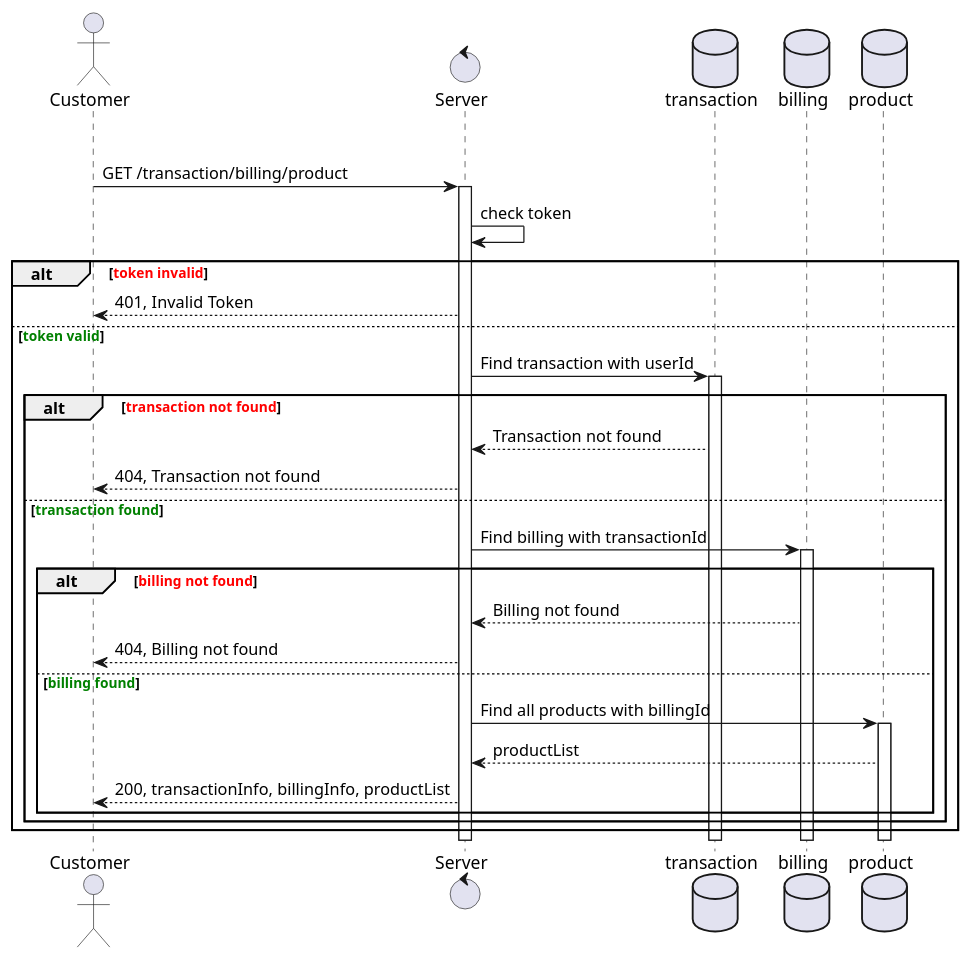
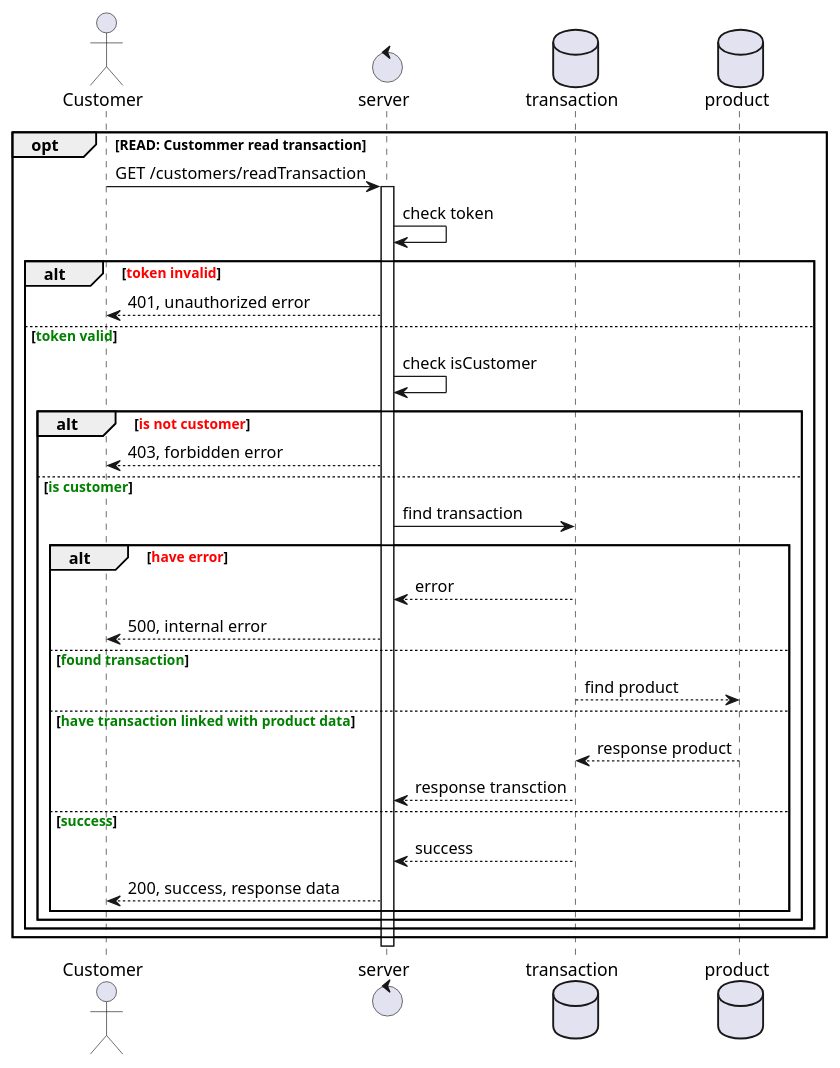
One commit to vuhoanganh1821/Backend_Test changed the diagram in e-commercial/docs/sequence-diagram/customer/readTransaction.plantuml. Above: the diagram before and after it, drawn with PlantUML. The commit also changed 20 other files, not shown here.

Commit message:
BE-04 | improve sequence diagram

```diff
--- a/e-commercial/docs/sequence-diagram/customer/readTransaction.plantuml
+++ b/e-commercial/docs/sequence-diagram/customer/readTransaction.plantuml
@@ -1,37 +1,38 @@
-@startuml Read transaction, billing linked with product
+@startuml read transaction customer sequence
 
-actor Customer
-control Server
+actor Customer 
+control server
 database transaction
-database billing
 database product
 
-opt read transaction, billing linked with product
-  Customer -> Server: GET /transaction/billing/product
-  activate Server
-  Server -> Server: check token
-  alt <font color="Red">token invalid</font>
-    Customer <-- Server: 401, Invalid Token
-  else <font color="Green">token valid</font>
-    Server -> transaction: Find transaction with userId
-    activate transaction
-    alt <font color="Red">transaction not found</font>
-      Server <-- transaction: Transaction not found
-      Customer <-- Server: 404, Transaction not found
-    else <font color="Green">transaction found</font>
-      Server -> billing: Find billing with transactionId
-      activate billing
-      alt <font color="Red">billing not found</font>
-        Server <-- billing: Billing not found
-        Customer <-- Server: 404, Billing not found
-      else <font color="Green">billing found</font>
-        Server -> product: Find all products with billingId
-        activate product
-        Server <-- product: productList
-        Customer <-- Server: 200, transactionInfo, billingInfo, productList
+opt READ: Custommer read transaction
+  Customer -> server: GET /customers/readTransaction
+  activate server
+  server -> server: check token
+  alt <font color=red>token invalid</font>
+    server --> Customer: 401, unauthorized error
+  else <font color=green>token valid</font>
+    server -> server: check isCustomer
+    alt <font color=red>is not customer</font>
+      server --> Customer: 403, forbidden error
+    else <font color=green>is customer</font>
+      server -> transaction: find transaction
+      alt <font color=red>have error</font>
+        transaction --> server: error
+        server --> Customer: 500, internal error
+      else <font color=green>found transaction</font>
+        transaction --> product: find product
+      else <font color=green>have transaction linked with product data</font>
+          product --> transaction: response product
+          transaction --> server: response transction
+      else <font color=green>success</font>
+          transaction --> server: success
+          server --> Customer: 200, success, response data
+        end
+      end
     end
   end
-end
+    deactivate server
 
 
 @enduml
```
